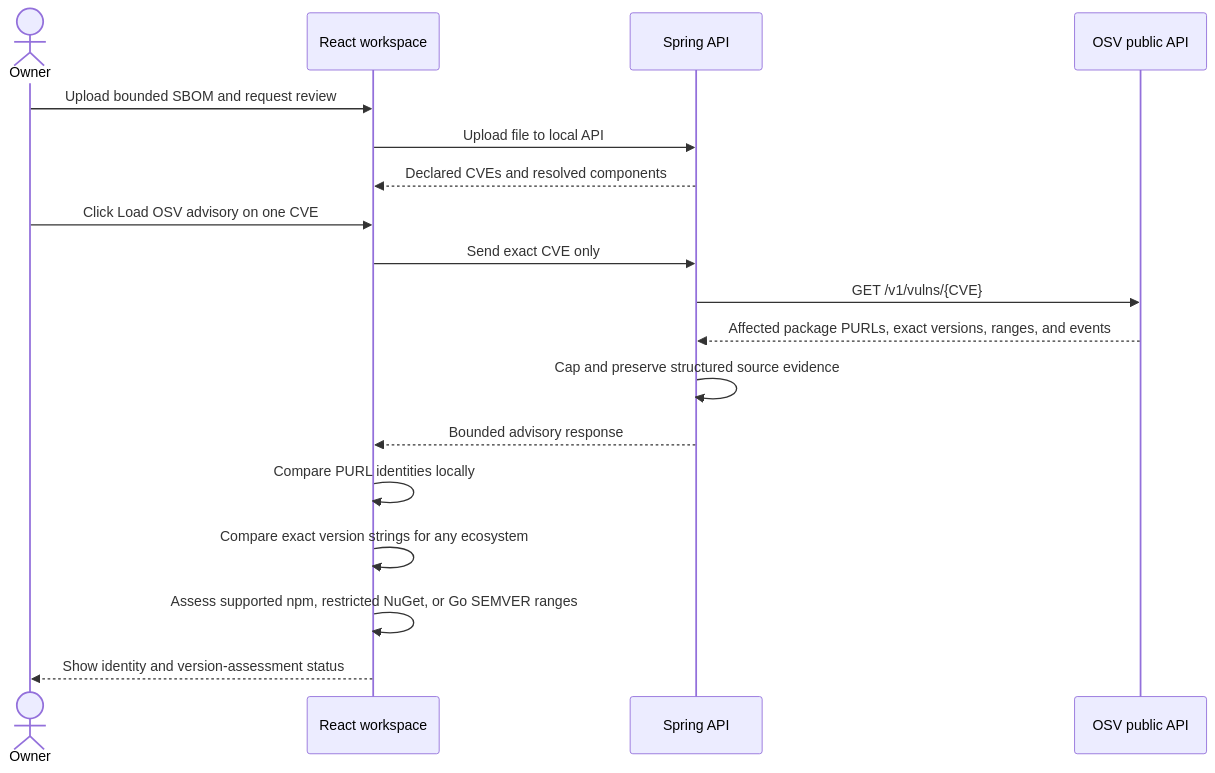
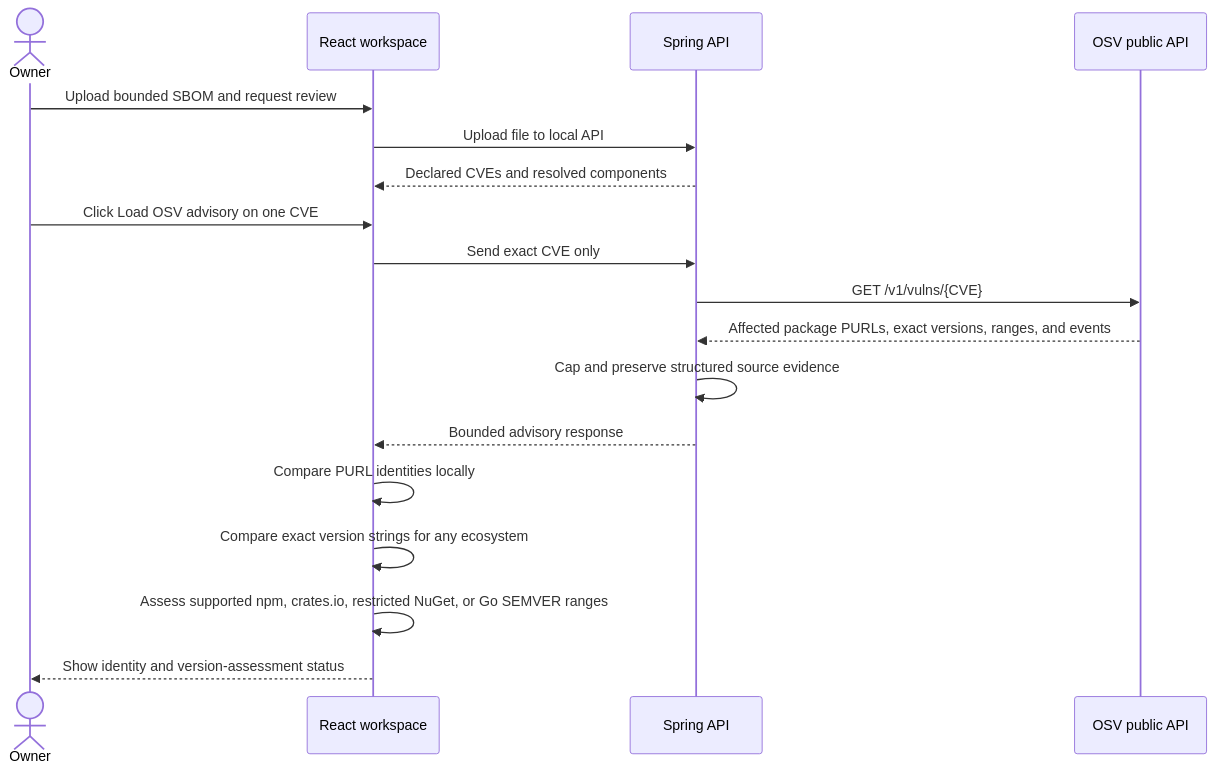
Before and after one commit to kavinash0310/aura-ai: the diagram in docs/05-backend/SBOM-ADVISORY-CORRELATION.md, drawn with Mermaid. The commit also changed other lines of this file and 13 other files, not shown here.

````diff
--- a/docs/05-backend/SBOM-ADVISORY-CORRELATION.md
+++ b/docs/05-backend/SBOM-ADVISORY-CORRELATION.md
@@ -9,21 +9,21 @@
 ```mermaid
 sequenceDiagram
     actor Owner
     participant UI as React workspace
     participant API as Spring API
     participant OSV as OSV public API
 
     Owner->>UI: Upload bounded SBOM and request review
     UI->>API: Upload file to local API
     API-->>UI: Declared CVEs and resolved components
     Owner->>UI: Click Load OSV advisory on one CVE
     UI->>API: Send exact CVE only
     API->>OSV: GET /v1/vulns/{CVE}
     OSV-->>API: Affected package PURLs, exact versions, ranges, and events
     API->>API: Cap and preserve structured source evidence
     API-->>UI: Bounded advisory response
     UI->>UI: Compare PURL identities locally
     UI->>UI: Compare exact version strings for any ecosystem
-    UI->>UI: Assess supported npm, restricted NuGet, or Go SEMVER ranges
+    UI->>UI: Assess supported npm, crates.io, restricted NuGet, or Go SEMVER ranges
     UI-->>Owner: Show identity and version-assessment status
 ```
````
